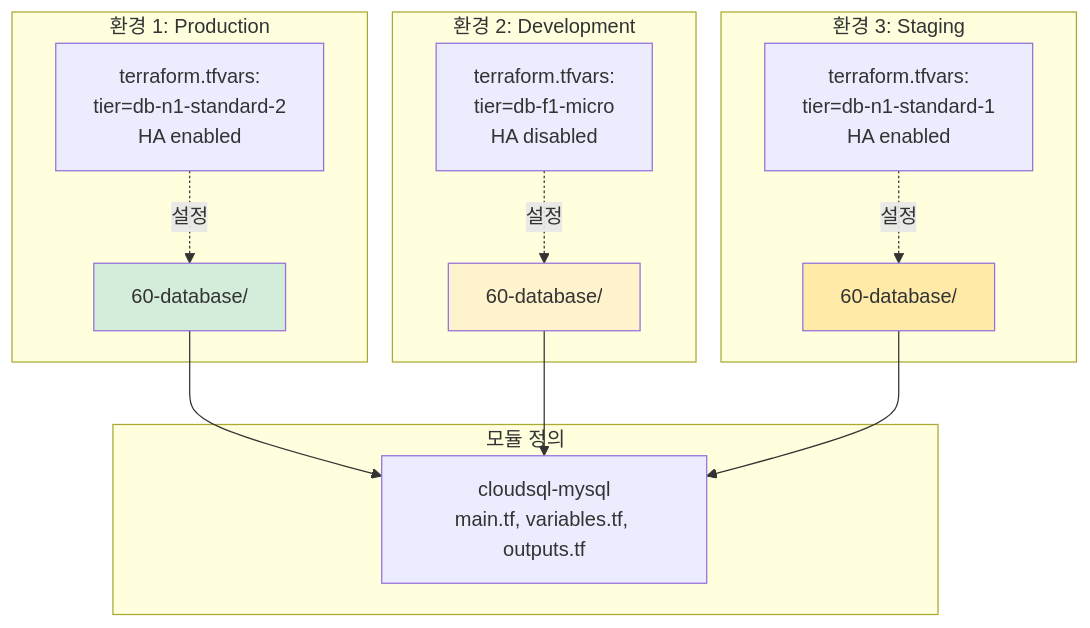
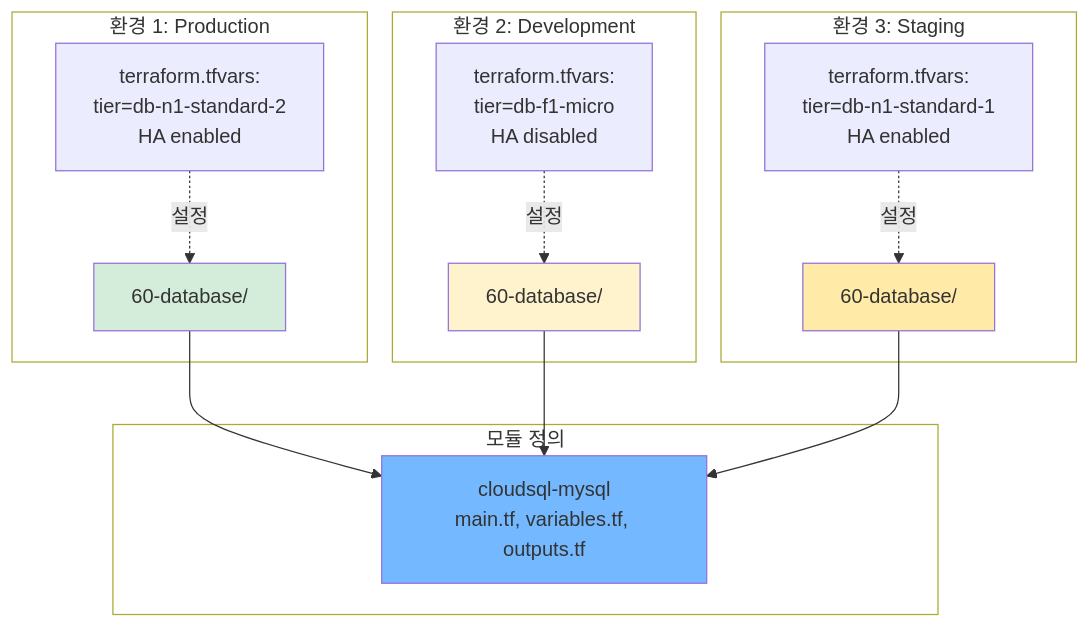
The eighth of 9 diagrams in terraform_gcp_infra/docs/architecture/diagrams.md (JSJ2337/GCP_terraform_code), drawn with Mermaid before and after one commit. The commit also changed other lines of this file and 4 other files, not shown here.

First line of the commit message:
fix: Mermaid style 라인 분리로 텍스트 겹침 문제 해결

````diff
--- a/terraform_gcp_infra/docs/architecture/diagrams.md
+++ b/terraform_gcp_infra/docs/architecture/diagrams.md
@@ -491,33 +512,37 @@
 ```mermaid
 %%{init: {'theme': 'default'}}%%
 graph TB
     subgraph MODULE_DEF["모듈 정의"]
         MODULE[cloudsql-mysql<br/>main.tf, variables.tf, outputs.tf]
     end
 
     subgraph PROD["환경 1: Production"]
         P_LAYER[60-database/]
         P_VARS["terraform.tfvars:<br/>tier=db-n1-standard-2<br/>HA enabled"]
         P_LAYER --> MODULE
         P_VARS -.설정.-> P_LAYER
     end
 
     subgraph DEV["환경 2: Development"]
         D_LAYER[60-database/]
         D_VARS["terraform.tfvars:<br/>tier=db-f1-micro<br/>HA disabled"]
         D_LAYER --> MODULE
         D_VARS -.설정.-> D_LAYER
     end
 
     subgraph STAGE["환경 3: Staging"]
         S_LAYER[60-database/]
         S_VARS["terraform.tfvars:<br/>tier=db-n1-standard-1<br/>HA enabled"]
         S_LAYER --> MODULE
         S_VARS -.설정.-> S_LAYER
     end
 
-    style MODULE_DEF fill:#ffffff    style PROD fill:#ffffff    style DEV fill:#ffffff    style STAGE fill:#ffffff    style MODULE fill:#74b9ff
+    style MODULE_DEF fill:#ffffff
+    style PROD fill:#ffffff
+    style DEV fill:#ffffff
+    style STAGE fill:#ffffff
+    style MODULE fill:#74b9ff
     style P_LAYER fill:#d4edda
     style D_LAYER fill:#fff3cd
     style S_LAYER fill:#ffeaa7
 ```
````
